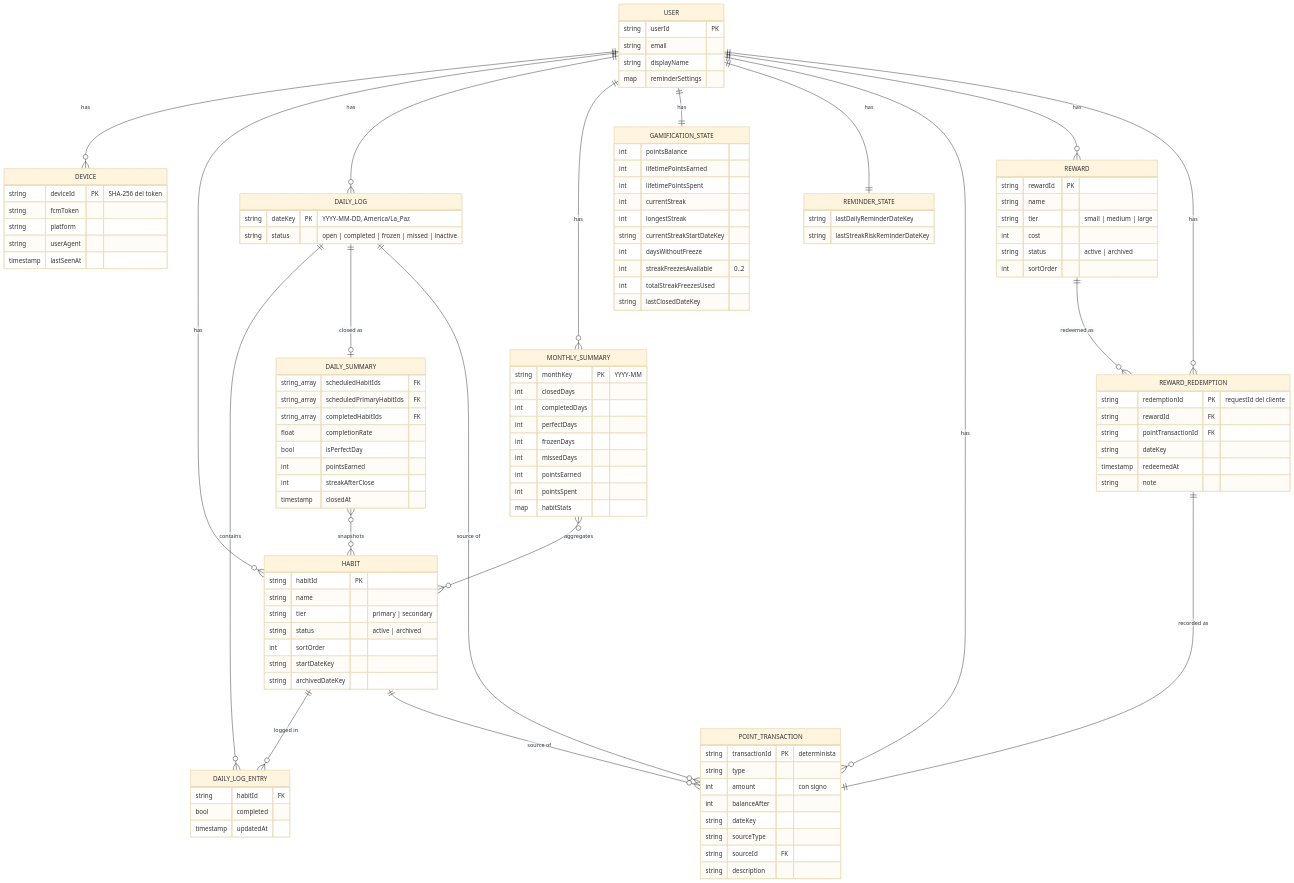
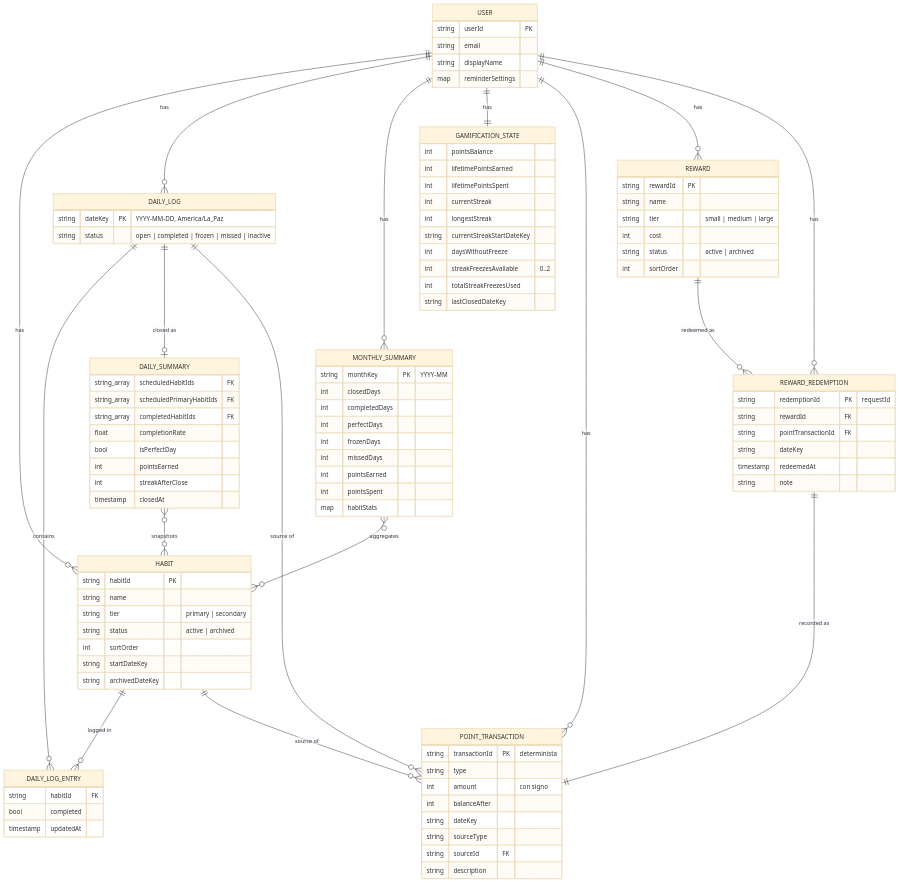
The diagram in .claude/data-model.md (RodriC98374/ascua), drawn with Mermaid (base theme) before and after one commit. The commit also changed other lines of this file and 20 other files, not shown here.

````diff
--- a/.claude/data-model.md
+++ b/.claude/data-model.md
@@ -294,11 +272,9 @@
 ```mermaid
 erDiagram
-    USER ||--o{ DEVICE : has
     USER ||--o{ HABIT : has
     USER ||--o{ DAILY_LOG : has
     USER ||--o{ MONTHLY_SUMMARY : has
     USER ||--|| GAMIFICATION_STATE : has
-    USER ||--|| REMINDER_STATE : has
     USER ||--o{ POINT_TRANSACTION : has
     USER ||--o{ REWARD : has
     USER ||--o{ REWARD_REDEMPTION : has
@@ -318,14 +294,6 @@
         string email
         string displayName
         map reminderSettings
-    }
-
-    DEVICE {
-        string deviceId PK "SHA-256 del token"
-        string fcmToken
-        string platform
-        string userAgent
-        timestamp lastSeenAt
     }
 
     HABIT {
@@ -385,11 +353,6 @@
         string lastClosedDateKey
     }
 
-    REMINDER_STATE {
-        string lastDailyReminderDateKey
-        string lastStreakRiskReminderDateKey
-    }
-
     POINT_TRANSACTION {
         string transactionId PK "determinista"
         string type
@@ -411,7 +374,7 @@
     }
 
     REWARD_REDEMPTION {
-        string redemptionId PK "requestId del cliente"
+        string redemptionId PK "requestId"
         string rewardId FK
         string pointTransactionId FK
         string dateKey
````
